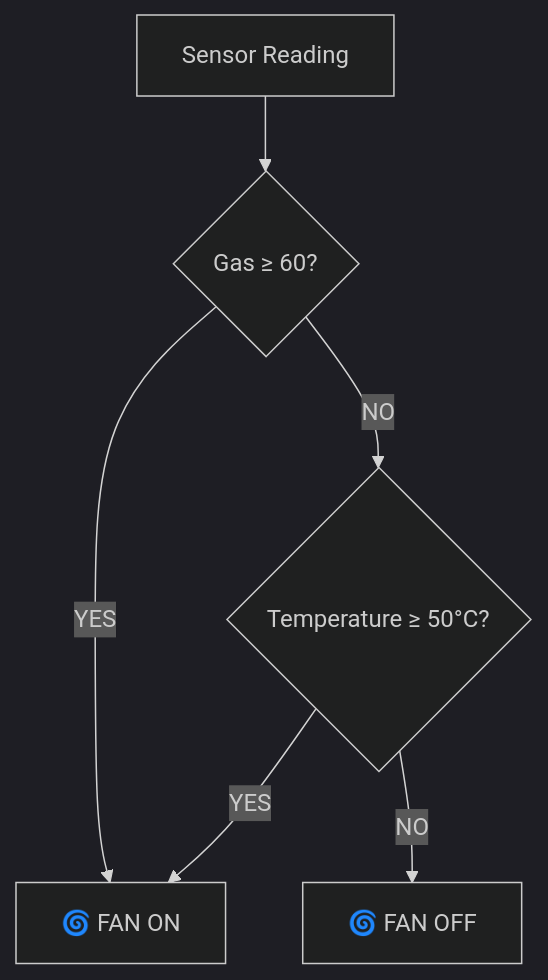
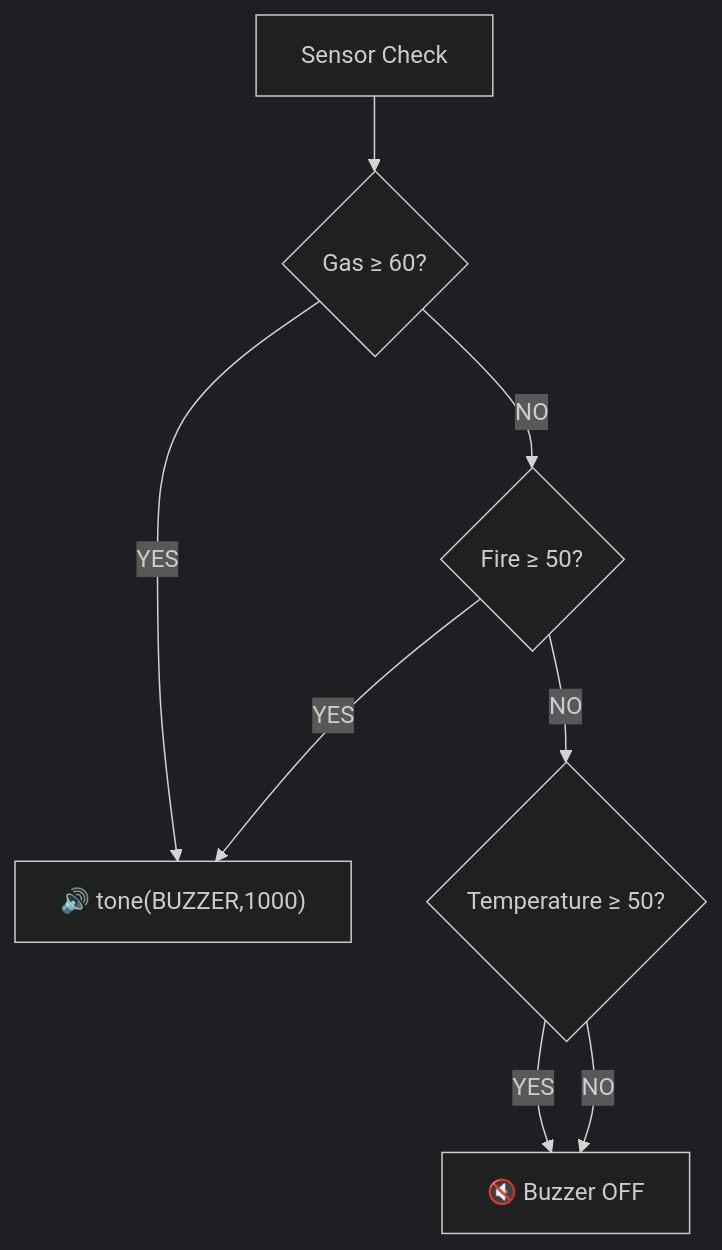
One commit to AkashAnnamalai/Kitchen-Monitoring-Systems changed the ninth of 16 diagrams in README.md. Above: the diagram before and after it, drawn with Mermaid (dark theme). The commit also changed other lines of this file, not shown here.

````diff
--- a/README.md
+++ b/README.md
@@ -440,8 +393,13 @@
 ```mermaid
 flowchart TD
-    A[Sensor Reading] --> B{Gas ≥ 60?}
-    B -->|YES| C[🌀 FAN ON]
-    B -->|NO| D{Temperature ≥ 50°C?}
-    D -->|YES| C
-    D -->|NO| E[🌀 FAN OFF]
+    A["Sensor Check"] --> B{"Gas ≥ 60?"}
+
+    B -- YES --> C["🔊 tone(BUZZER,1000)"]
+    B -- NO --> D{"Fire ≥ 50?"}
+
+    D -- YES --> C
+    D -- NO --> E{"Temperature ≥ 50?"}
+
+    E -- YES --> F["🔇 Buzzer OFF"]
+    E -- NO --> F
 ```
````
